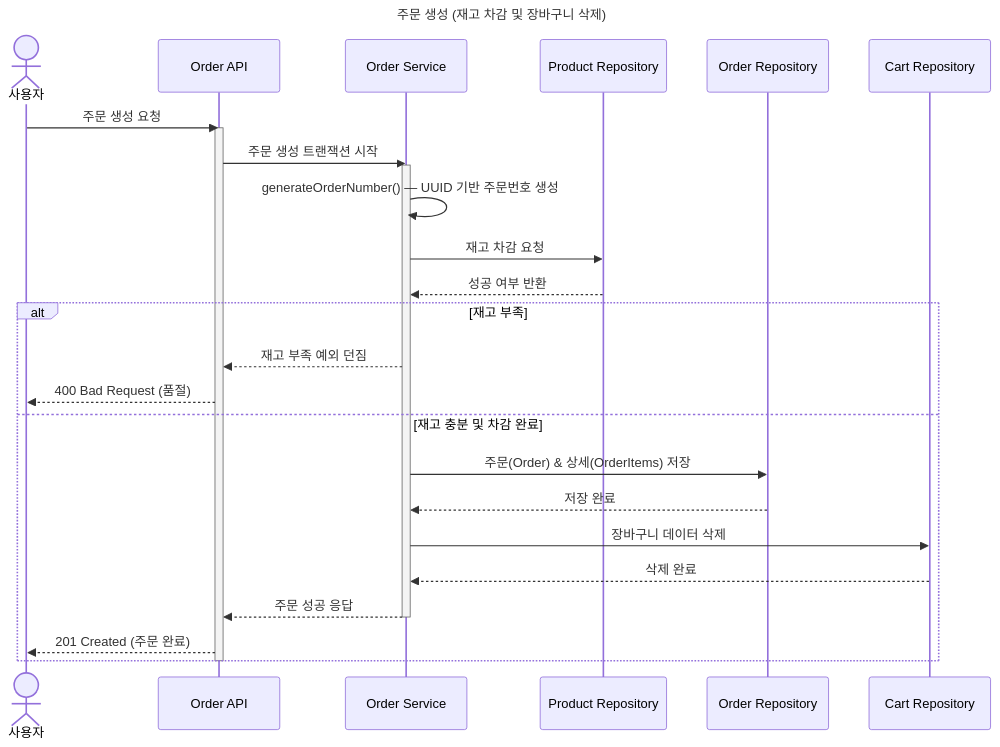
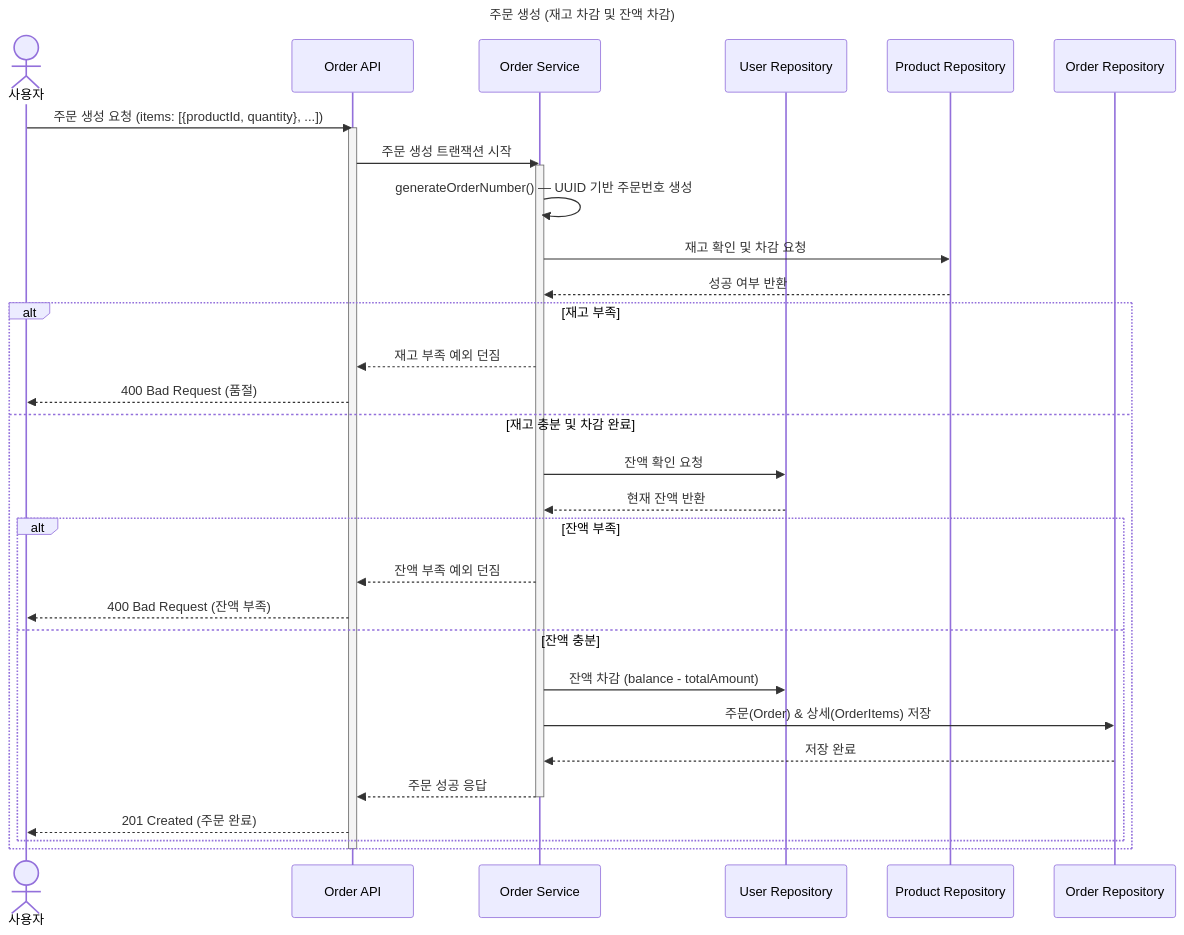
Before and after one commit to hyejin0810/loop-pack-be-l2-vol3-java: the second of 3 diagrams in docs/design/02-sequence-diagrams.md, drawn with Mermaid. The commit also changed other lines of this file and 4 other files, not shown here.

First line of the commit message:
docs: 장바구니 제거 및 잔액(balance) 기능 추가

````diff
--- a/docs/design/02-sequence-diagrams.md
+++ b/docs/design/02-sequence-diagrams.md
@@ -54,39 +54,44 @@
 ```mermaid
 
 sequenceDiagram
-title 주문 생성 (재고 차감 및 장바구니 삭제)
+title 주문 생성 (재고 차감 및 잔액 차감)
 
     actor User as 사용자
     participant API as Order API
     participant Service as Order Service
+    participant UserRepo as User Repository
     participant ProdRepo as Product Repository
     participant OrderRepo as Order Repository
-    participant CartRepo as Cart Repository
 
-    User->>API: 주문 생성 요청
+    User->>API: 주문 생성 요청 (items: [{productId, quantity}, ...])
     activate API
 
     API->>Service: 주문 생성 트랜잭션 시작
     activate Service
 
     Service->>Service: generateOrderNumber() — UUID 기반 주문번호 생성
-    Service->>ProdRepo: 재고 차감 요청
-
+    Service->>ProdRepo: 재고 확인 및 차감 요청
     ProdRepo-->>Service: 성공 여부 반환
 
     alt 재고 부족
         Service-->>API: 재고 부족 예외 던짐
         API-->>User: 400 Bad Request (품절)
     else 재고 충분 및 차감 완료
-        Service->>OrderRepo: 주문(Order) & 상세(OrderItems) 저장
-        OrderRepo-->>Service: 저장 완료
+        Service->>UserRepo: 잔액 확인 요청
+        UserRepo-->>Service: 현재 잔액 반환
 
-        Service->>CartRepo: 장바구니 데이터 삭제
-        CartRepo-->>Service: 삭제 완료
+        alt 잔액 부족
+            Service-->>API: 잔액 부족 예외 던짐
+            API-->>User: 400 Bad Request (잔액 부족)
+        else 잔액 충분
+            Service->>UserRepo: 잔액 차감 (balance - totalAmount)
+            Service->>OrderRepo: 주문(Order) & 상세(OrderItems) 저장
+            OrderRepo-->>Service: 저장 완료
 
-        Service-->>API: 주문 성공 응답
-        deactivate Service
-        API-->>User: 201 Created (주문 완료)
+            Service-->>API: 주문 성공 응답
+            deactivate Service
+            API-->>User: 201 Created (주문 완료)
+        end
     end
     deactivate API
 ```
````
